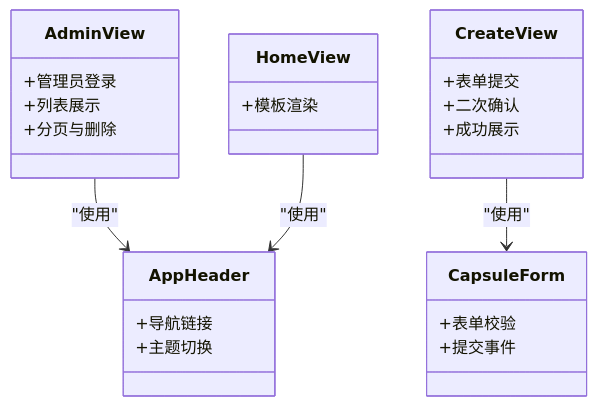
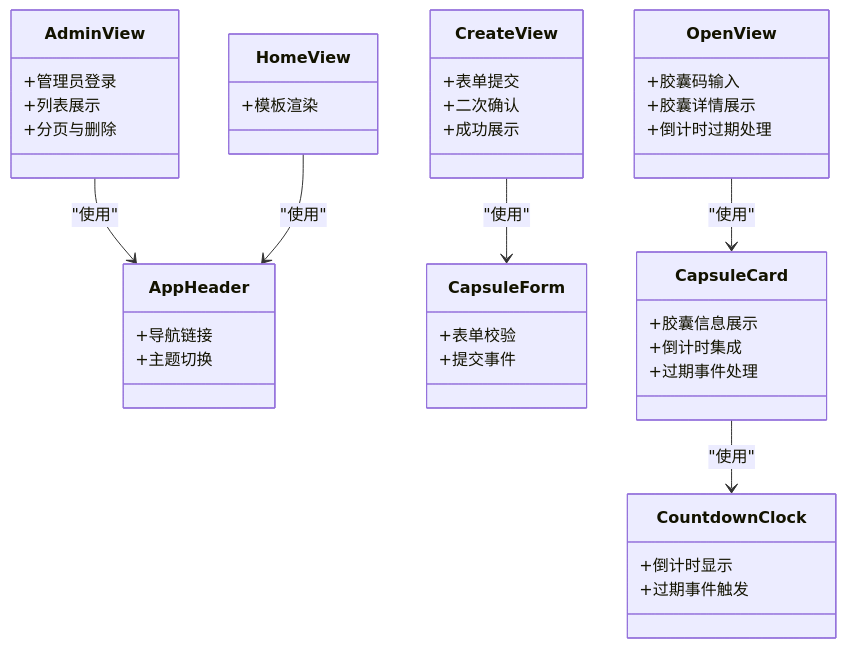
Diagram 11 of 12 in .qoder/repowiki/zh/content/前端实现详解/Vue 3 实现/Vue 3 实现.md (alexy2008/TimeCapsule), drawn with Mermaid before and after one commit. The commit also changed other lines of this file and 22 other files, not shown here.

````diff
--- a/.qoder/repowiki/zh/content/前端实现详解/Vue 3 实现/Vue 3 实现.md
+++ b/.qoder/repowiki/zh/content/前端实现详解/Vue 3 实现/Vue 3 实现.md
@@ -313,27 +438,43 @@
 ```mermaid
 classDiagram
 class HomeView {
 +模板渲染
 }
 class CreateView {
 +表单提交
 +二次确认
 +成功展示
 }
 class AdminView {
 +管理员登录
 +列表展示
 +分页与删除
 }
+class OpenView {
++胶囊码输入
++胶囊详情展示
++倒计时过期处理
+}
 class AppHeader {
 +导航链接
 +主题切换
 }
 class CapsuleForm {
 +表单校验
 +提交事件
 }
+class CapsuleCard {
++胶囊信息展示
++倒计时集成
++过期事件处理
+}
+class CountdownClock {
++倒计时显示
++过期事件触发
+}
 CreateView --> CapsuleForm : "使用"
 AdminView --> AppHeader : "使用"
+OpenView --> CapsuleCard : "使用"
+CapsuleCard --> CountdownClock : "使用"
 HomeView --> AppHeader : "使用"
 ```
````
